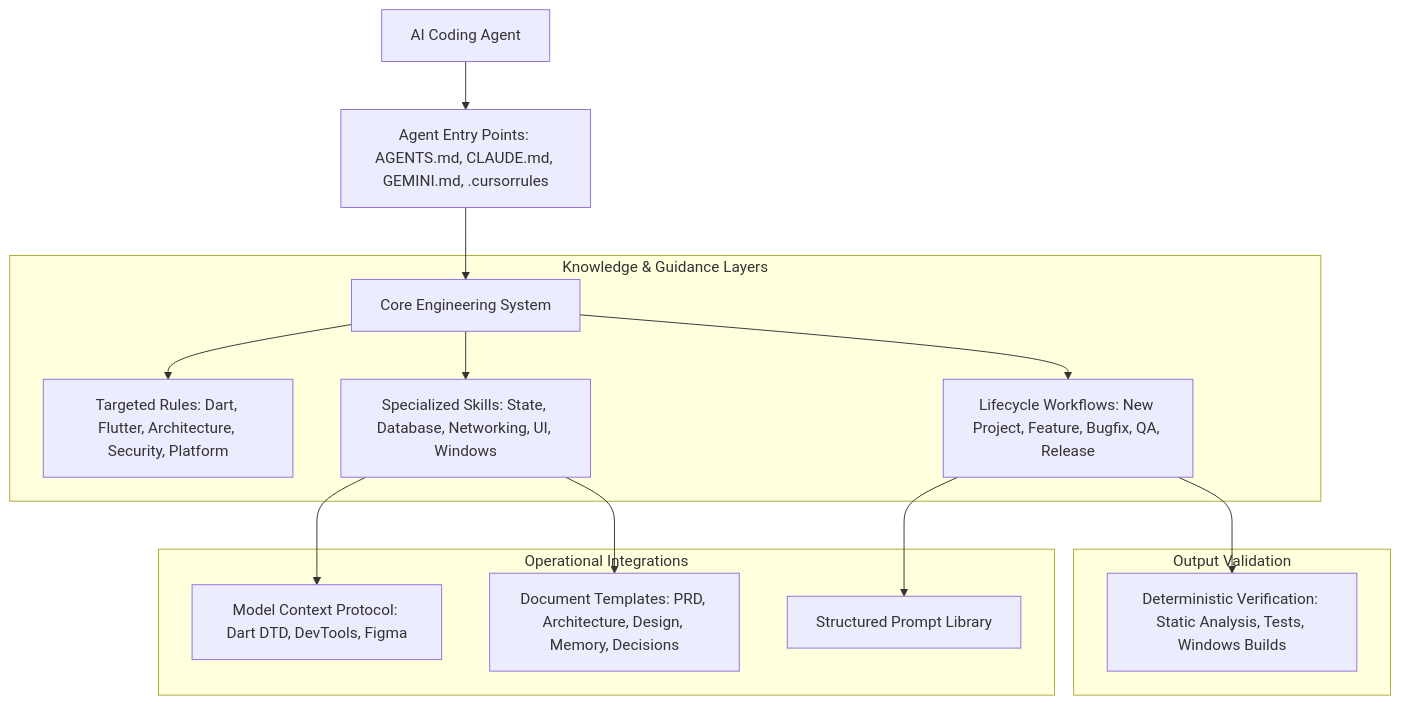
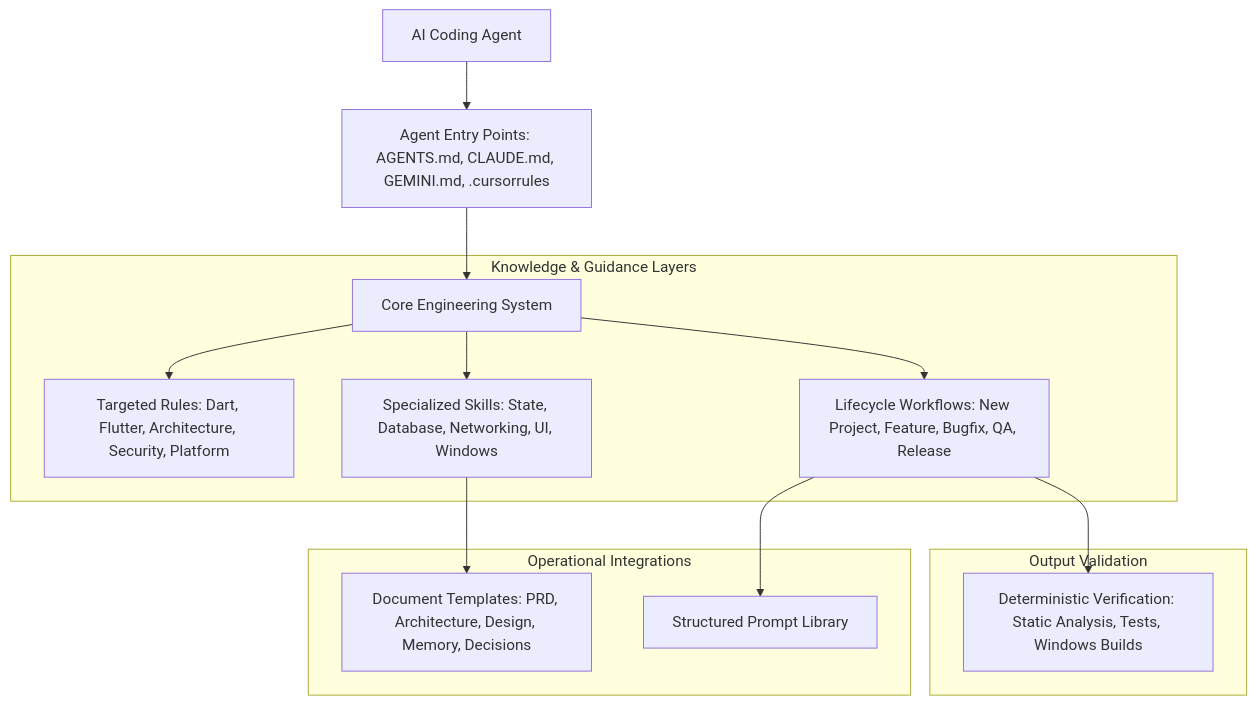
Before and after one commit to valaprashant97/flutter-agent-kit: the diagram in docs/ARCHITECTURE.md, drawn with Mermaid. The commit also changed other lines of this file and 19 other files, not shown here.

````diff
--- a/docs/ARCHITECTURE.md
+++ b/docs/ARCHITECTURE.md
@@ -13,21 +13,20 @@
 ```mermaid
 graph TD
     Agent[AI Coding Agent] --> EntryPoints[Agent Entry Points: AGENTS.md, CLAUDE.md, GEMINI.md, .cursorrules]
     EntryPoints --> Core[Core Engineering System]
     
     subgraph Knowledge & Guidance Layers
         Core --> Rules[Targeted Rules: Dart, Flutter, Architecture, Security, Platform]
         Core --> Skills[Specialized Skills: State, Database, Networking, UI, Windows]
         Core --> Workflows[Lifecycle Workflows: New Project, Feature, Bugfix, QA, Release]
     end
     
     subgraph Operational Integrations
-        Skills --> MCP[Model Context Protocol: Dart DTD, DevTools, Figma]
         Skills --> Templates[Document Templates: PRD, Architecture, Design, Memory, Decisions]
         Workflows --> Prompts[Structured Prompt Library]
     end
     
     subgraph Output Validation
         Workflows --> Verification[Deterministic Verification: Static Analysis, Tests, Windows Builds]
     end
 ```
````
